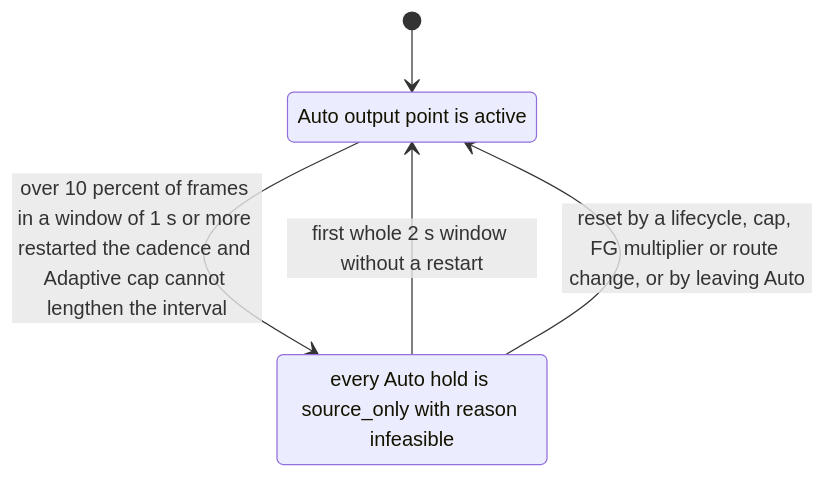
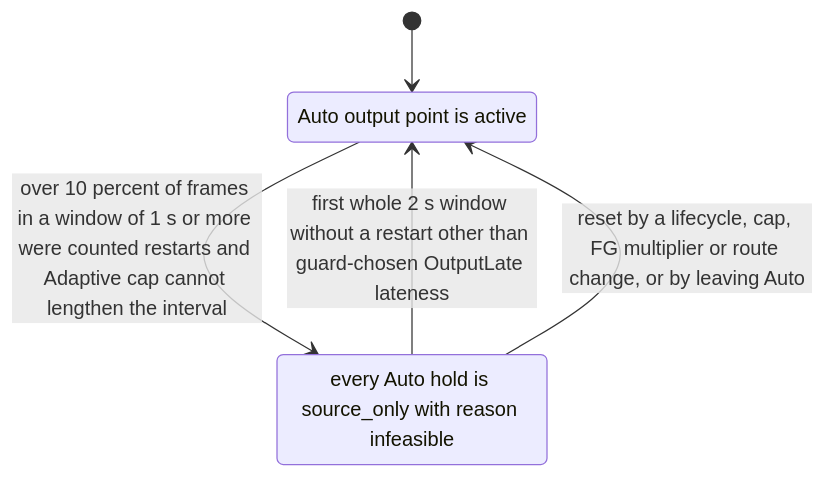
The eighth of 12 diagrams in docs/FRAME_PACING.md (RankFTW/ReLimiter), drawn with Mermaid before and after one commit. The commit also changed other lines of this file and 21 other files, not shown here.

````diff
--- a/docs/FRAME_PACING.md
+++ b/docs/FRAME_PACING.md
@@ -421,9 +424,9 @@
 ```mermaid
 stateDiagram-v2
     [*] --> Holding
-    Holding --> Paused : over 10 percent of frames in a window of 1 s or more restarted the cadence and Adaptive cap cannot lengthen the interval
-    Paused --> Holding : first whole 2 s window without a restart
+    Holding --> Paused : over 10 percent of frames in a window of 1 s or more were counted restarts and Adaptive cap cannot lengthen the interval
+    Paused --> Holding : first whole 2 s window without a restart other than guard-chosen OutputLate lateness
     Paused --> Holding : reset by a lifecycle, cap, FG multiplier or route change, or by leaving Auto
     Holding : Auto output point is active
     Paused : every Auto hold is source_only with reason infeasible
 ```
````
